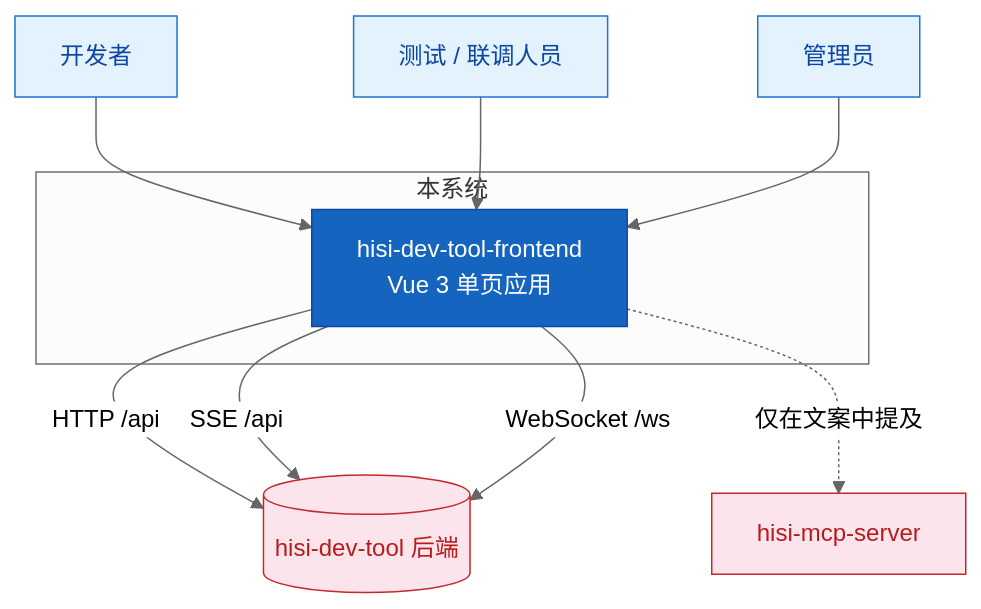
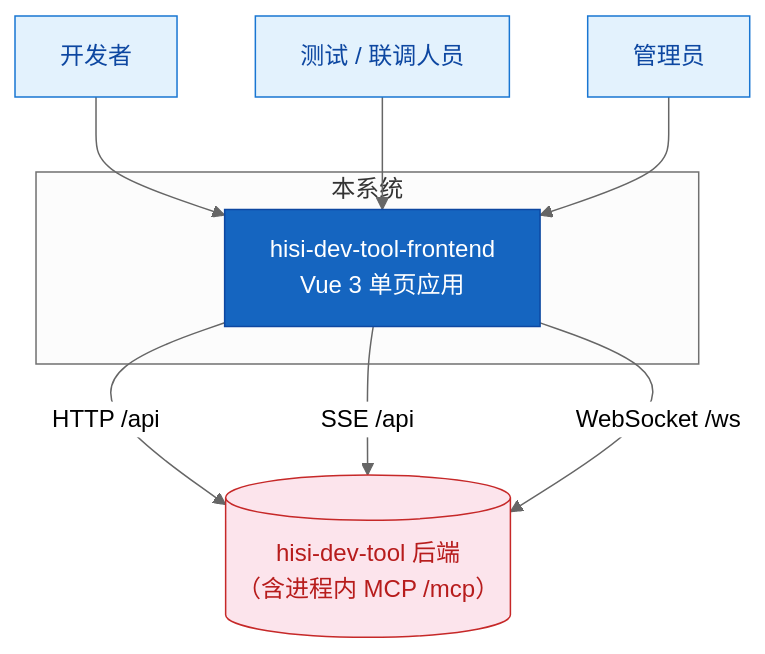
Before and after one commit to shenjiangchun/codeKnowledge: the first of 5 diagrams in hisi-dev-tool-frontend/docs/codewiki/02-架构设计/index.md, drawn with Mermaid (neutral theme). The commit also changed other lines of this file and 27 other files, not shown here.

````diff
--- a/hisi-dev-tool-frontend/docs/codewiki/02-架构设计/index.md
+++ b/hisi-dev-tool-frontend/docs/codewiki/02-架构设计/index.md
@@ -13,26 +13,23 @@
 ```mermaid
 flowchart TB
     U1["开发者"]
     U2["测试 / 联调人员"]
     U3["管理员"]
     subgraph 本系统
         FE["hisi-dev-tool-frontend<br/>Vue 3 单页应用"]
     end
-    BE[("hisi-dev-tool 后端")]
-    MCP["hisi-mcp-server"]
+    BE[("hisi-dev-tool 后端<br/>（含进程内 MCP /mcp）")]
 
     U1 --> FE
     U2 --> FE
     U3 --> FE
     FE -->|"HTTP /api"| BE
     FE -->|"SSE /api"| BE
     FE -->|"WebSocket /ws"| BE
-    FE -.->|"仅在文案中提及"| MCP
 
     style FE fill:#1565c0,color:#fff,stroke:#0d47a1
     style U1 fill:#e3f2fd,stroke:#1976d2,color:#0d47a1
     style U2 fill:#e3f2fd,stroke:#1976d2,color:#0d47a1
     style U3 fill:#e3f2fd,stroke:#1976d2,color:#0d47a1
     style BE fill:#fce4ec,stroke:#c62828,color:#b71c1c
-    style MCP fill:#fce4ec,stroke:#c62828,color:#b71c1c
 ```
````
